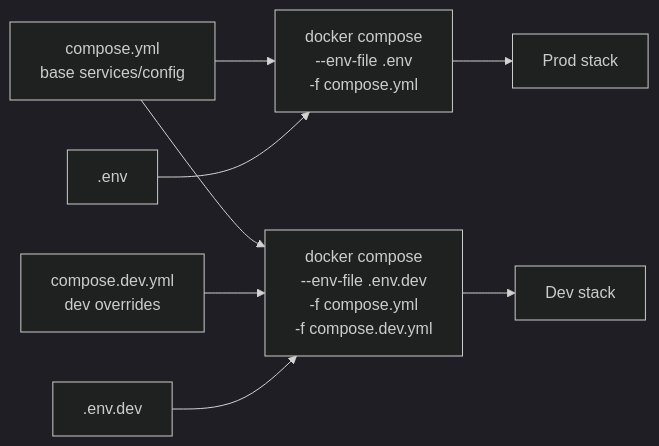
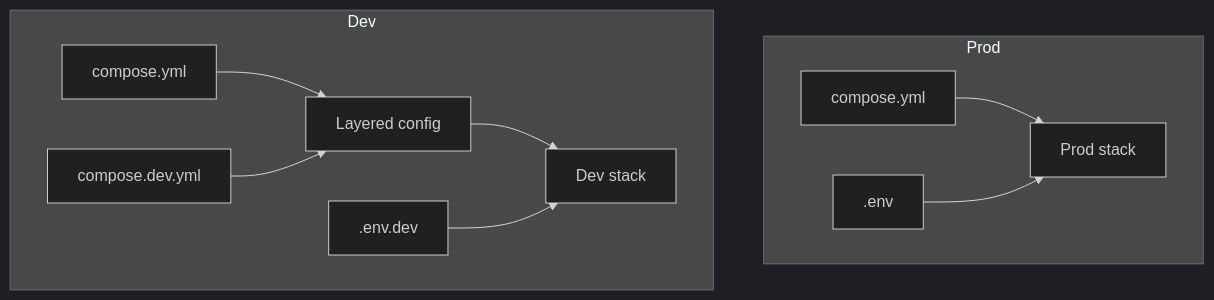
One commit to badbayesian/puppy_ping changed the second of 2 diagrams in README.md. Above: the diagram before and after it, drawn with Mermaid (dark theme).

Commit message:
docs: composing layering update

````diff
--- a/README.md
+++ b/README.md
@@ -55,16 +57,22 @@
 ```mermaid
-flowchart LR
-  B[compose.yml\nbase services/config]
-  O[compose.dev.yml\ndev overrides]
-  EP[.env]
-  ED[.env.dev]
+flowchart TB
+  subgraph Prod
+    PB[compose.yml]
+    PE[.env]
+    PS[Prod stack]
+    PB --> PS
+    PE --> PS
+  end
 
-  B --> CP[docker compose\n--env-file .env\n-f compose.yml]
-  EP --> CP
-  CP --> P[Prod stack]
-
-  B --> CD[docker compose\n--env-file .env.dev\n-f compose.yml\n-f compose.dev.yml]
-  O --> CD
-  ED --> CD
-  CD --> D[Dev stack]
+  subgraph Dev
+    DB[compose.yml]
+    DO[compose.dev.yml]
+    DE[.env.dev]
+    DM[Layered config]
+    DS[Dev stack]
+    DB --> DM
+    DO --> DM
+    DM --> DS
+    DE --> DS
+  end
 ```
````
